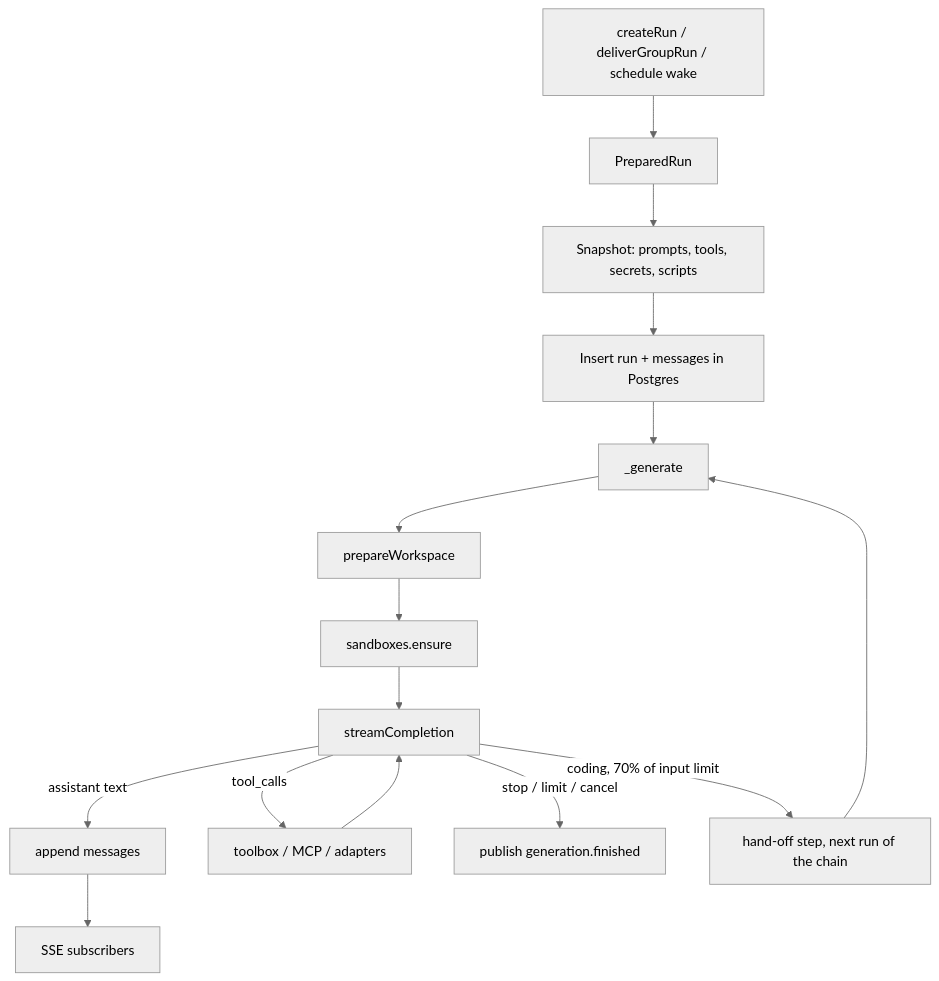
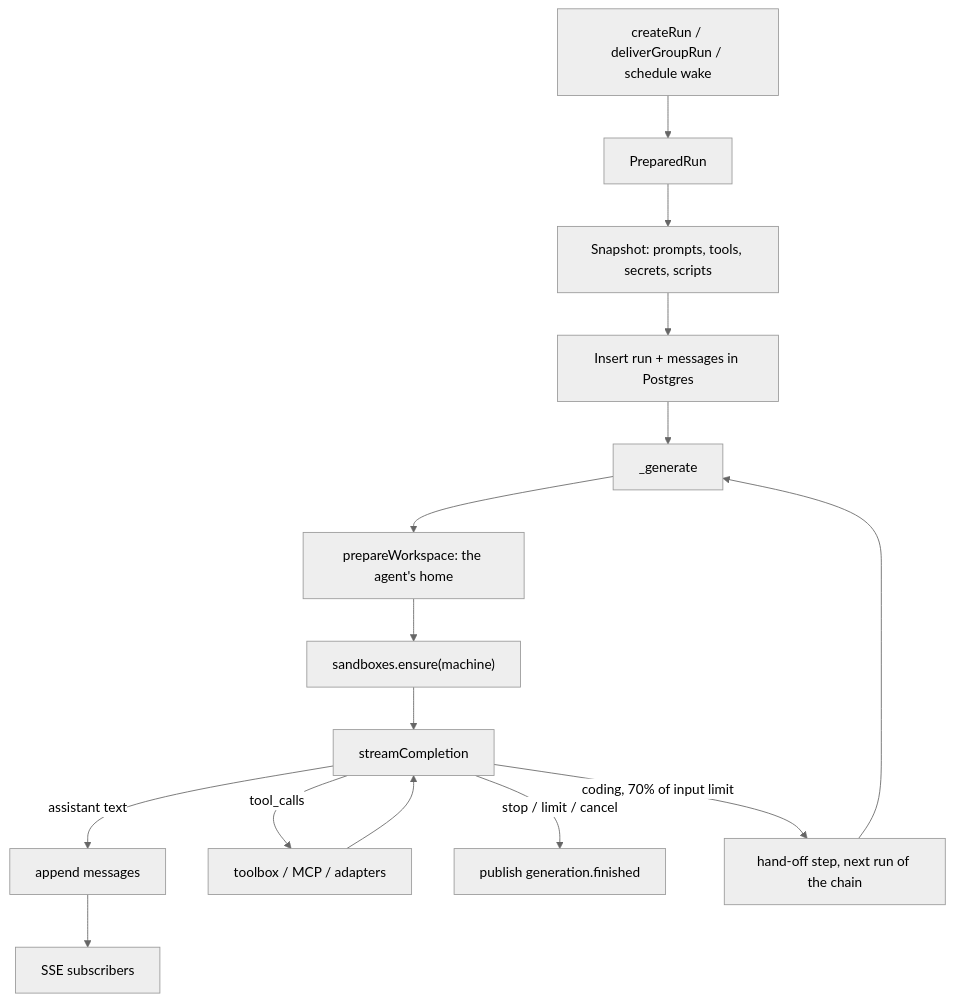
The fourth of 4 diagrams in docs/architecture/code-map.md (CigaleAI/guilds), drawn with Mermaid (neutral theme) before and after one commit. The commit also changed other lines of this file and 174 other files, not shown here.

````diff
--- a/docs/architecture/code-map.md
+++ b/docs/architecture/code-map.md
@@ -445,17 +468,17 @@
 ```mermaid
 flowchart TD
   Start["createRun / deliverGroupRun / schedule wake"] --> Prep["PreparedRun"]
   Prep --> Snap["Snapshot: prompts, tools, secrets, scripts"]
   Snap --> Persist["Insert run + messages in Postgres"]
   Persist --> Loop["_generate"]
-  Loop --> WS["prepareWorkspace"]
-  WS --> Box["sandboxes.ensure"]
+  Loop --> WS["prepareWorkspace: the agent's home"]
+  WS --> Box["sandboxes.ensure(machine)"]
   Box --> Step["streamCompletion"]
   Step -->|assistant text| Save["append messages"]
   Step -->|tool_calls| Tools["toolbox / MCP / adapters"]
   Tools --> Step
   Step -->|stop / limit / cancel| Done["publish generation.finished"]
   Step -->|coding, 70% of input limit| Handoff["hand-off step, next run of the chain"]
   Handoff --> Loop
   Save --> SSE["SSE subscribers"]
 ```
````
